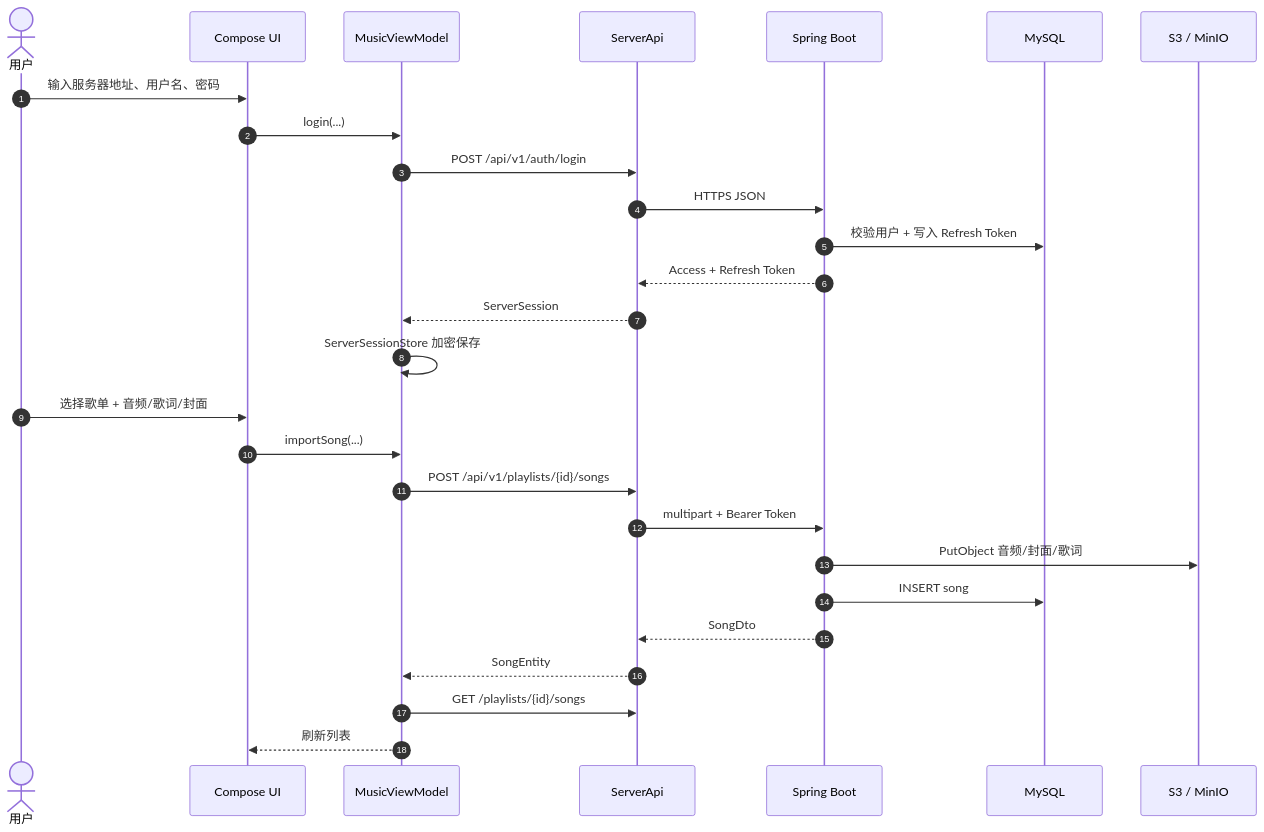
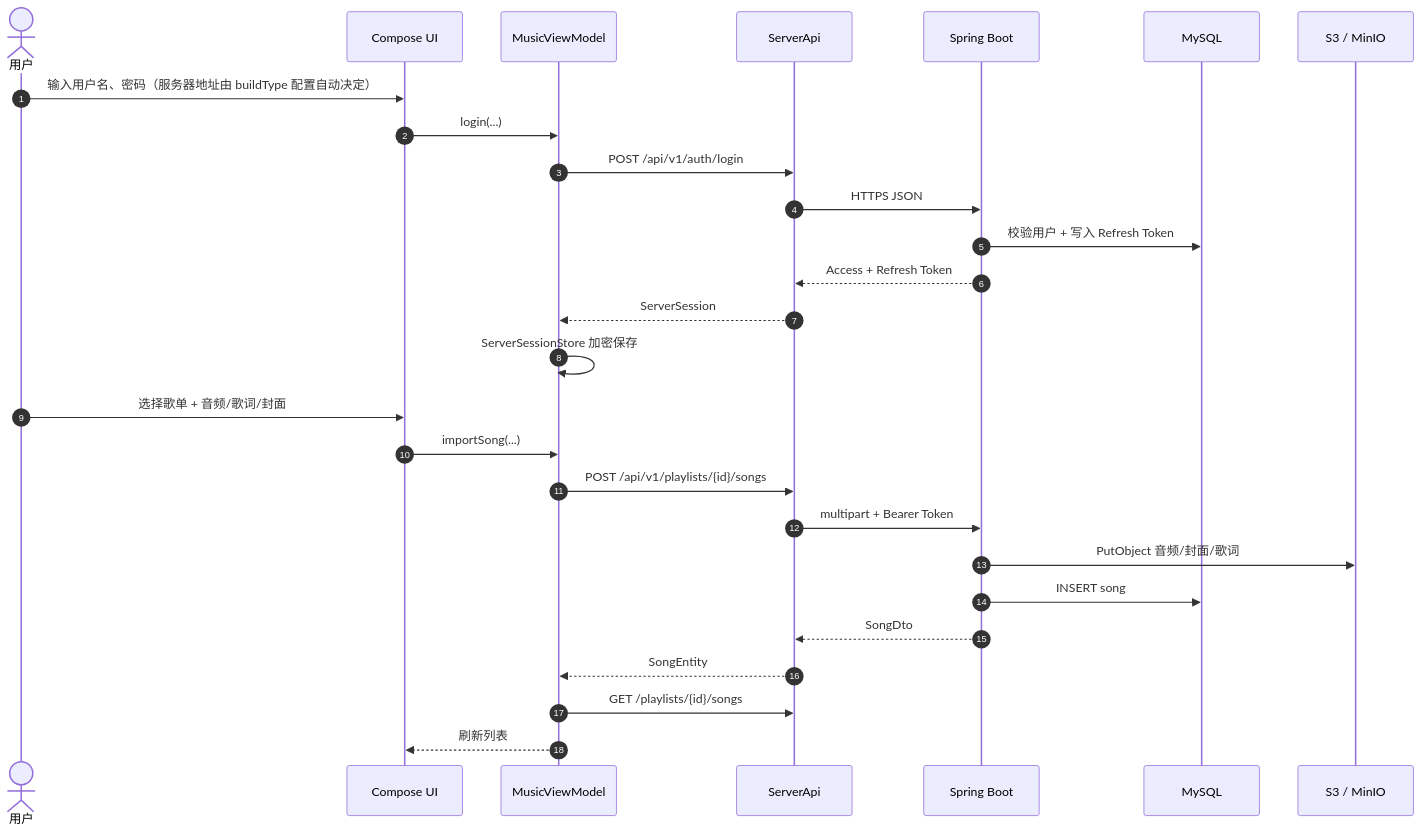
Before and after one commit to ApathyJuly/SelfMusic: the second of 3 diagrams in SelfMusicApp/docs/architecture.md, drawn with Mermaid. The commit also changed 7 other files, not shown here.

````diff
--- a/SelfMusicApp/docs/architecture.md
+++ b/SelfMusicApp/docs/architecture.md
@@ -197,31 +197,31 @@
 ```mermaid
 sequenceDiagram
     autonumber
     actor U as 用户
     participant UI as Compose UI
     participant VM as MusicViewModel
     participant API as ServerApi
     participant S as Spring Boot
     participant DB as MySQL
     participant OSS as S3 / MinIO
 
-    U->>UI: 输入服务器地址、用户名、密码
+    U->>UI: 输入用户名、密码（服务器地址由 buildType 配置自动决定）
     UI->>VM: login(...)
     VM->>API: POST /api/v1/auth/login
     API->>S: HTTPS JSON
     S->>DB: 校验用户 + 写入 Refresh Token
     S-->>API: Access + Refresh Token
     API-->>VM: ServerSession
     VM->>VM: ServerSessionStore 加密保存
 
     U->>UI: 选择歌单 + 音频/歌词/封面
     UI->>VM: importSong(...)
     VM->>API: POST /api/v1/playlists/{id}/songs
     API->>S: multipart + Bearer Token
     S->>OSS: PutObject 音频/封面/歌词
     S->>DB: INSERT song
     S-->>API: SongDto
     API-->>VM: SongEntity
     VM->>API: GET /playlists/{id}/songs
     VM-->>UI: 刷新列表
 ```
````
